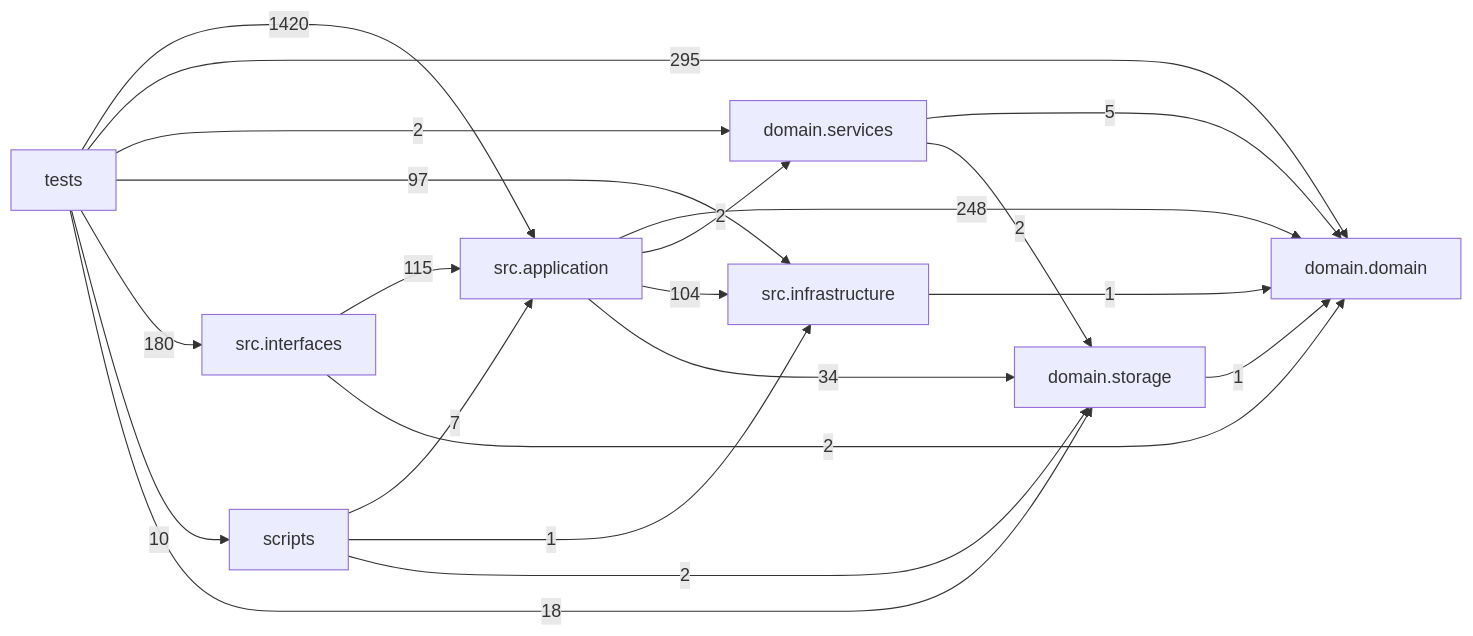
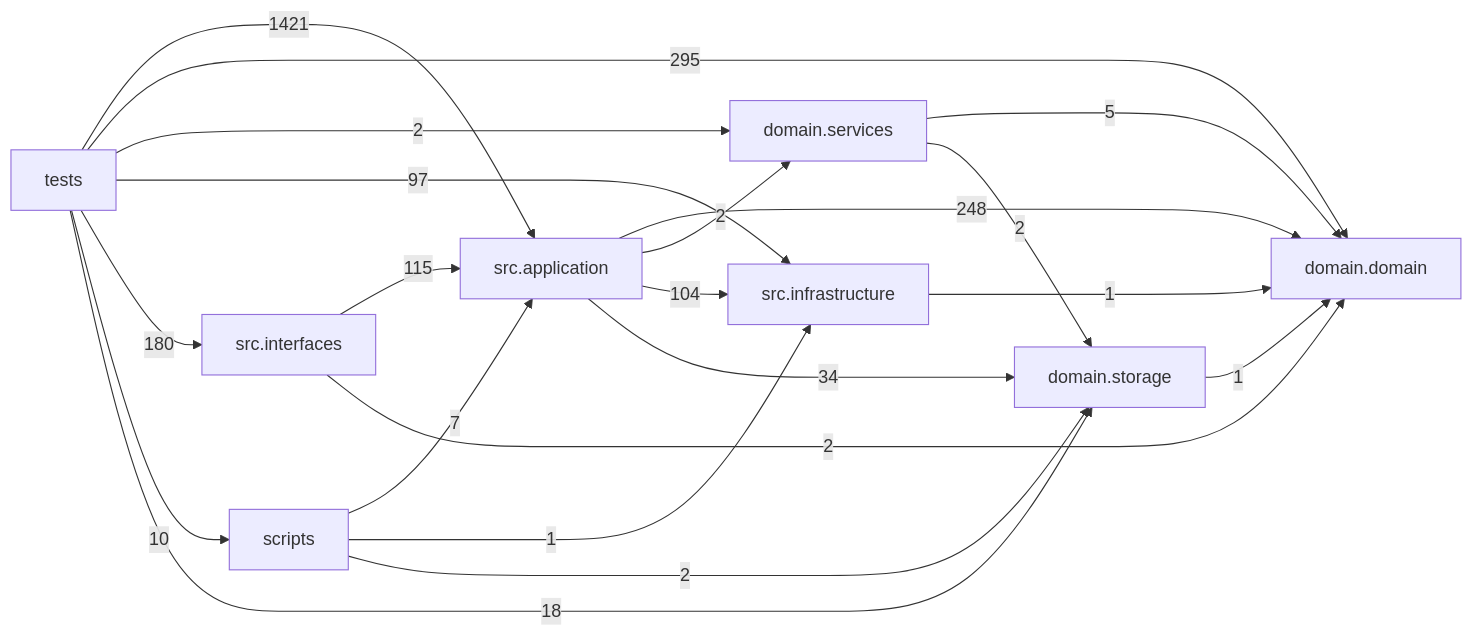
The diagram in docs/DEPENDENCY_GRAPH.md (liuxie066/options-monitor), drawn with Mermaid before and after one commit. The commit also changed other lines of this file and 1 other file, not shown here.

Commit message:
Keep inprocess prefetch tests offline

````diff
--- a/docs/DEPENDENCY_GRAPH.md
+++ b/docs/DEPENDENCY_GRAPH.md
@@ -24,31 +24,31 @@
 ```mermaid
 flowchart LR
   tests["tests"]
   scripts["scripts"]
   interfaces["src.interfaces"]
   application["src.application"]
   infrastructure["src.infrastructure"]
   domain_services["domain.services"]
   domain["domain.domain"]
   storage["domain.storage"]
   application -->|248| domain
   application -->|2| domain_services
   application -->|104| infrastructure
   application -->|34| storage
   domain_services -->|5| domain
   domain_services -->|2| storage
   infrastructure -->|1| domain
   interfaces -->|115| application
   interfaces -->|2| domain
   scripts -->|7| application
   scripts -->|1| infrastructure
   scripts -->|2| storage
   storage -->|1| domain
-  tests -->|1420| application
+  tests -->|1421| application
   tests -->|295| domain
   tests -->|2| domain_services
   tests -->|97| infrastructure
   tests -->|180| interfaces
   tests -->|10| scripts
   tests -->|18| storage
 ```
````
